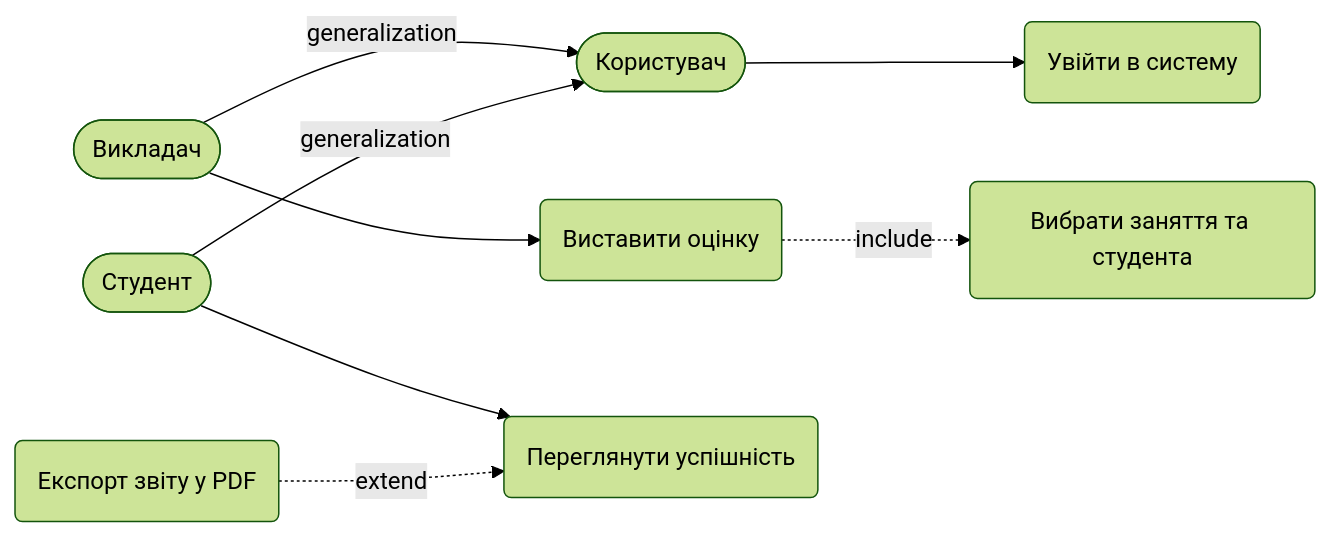
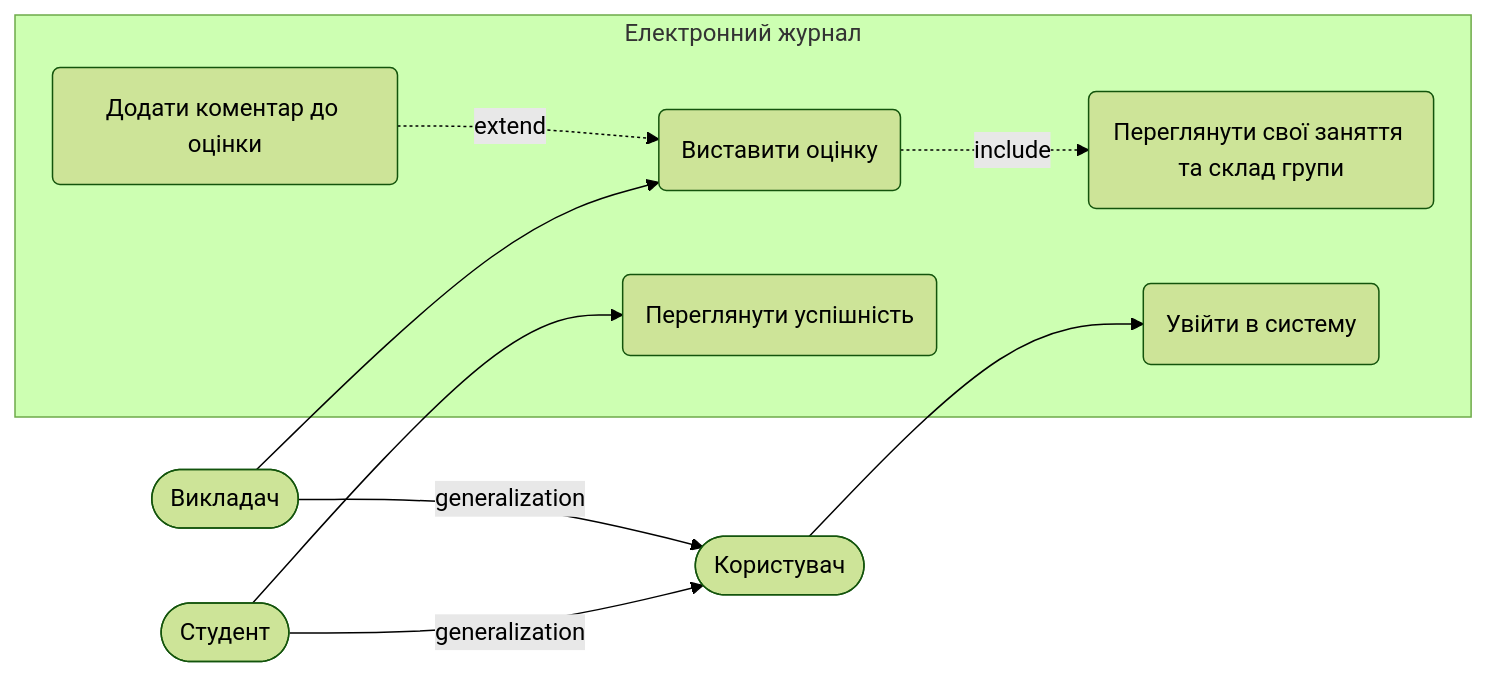
The diagram in use-cases.md (Mayki603/gradebook), drawn with Mermaid (forest theme) before and after one commit. The commit also changed other lines of this file, not shown here.

Commit message:
use-cases: fix diagram rendering, add traceability matrix, split REQ-5, add S5/REQ-6

````diff
--- a/use-cases.md
+++ b/use-cases.md
@@ -50,22 +11,24 @@
 ```mermaid
 flowchart LR
     User([Користувач])
     Teacher([Викладач])
     Student([Студент])
 
     Teacher -- "generalization" --> User
     Student -- "generalization" --> User
 
-    Auth(Увійти в систему)
-    UC1(Виставити оцінку)
-    SelectClass(Вибрати заняття та студента)
-    UC2(Переглянути успішність)
-    Download(Експорт звіту у PDF)
+    subgraph System["Електронний журнал"]
+        Auth(Увійти в систему)
+        UC1(Виставити оцінку)
+        SelectClass(Переглянути свої заняття та склад групи)
+        AddComment(Додати коментар до оцінки)
+        UC2(Переглянути успішність)
+    end
 
     User --> Auth
     Teacher --> UC1
     Student --> UC2
 
     UC1 -. "include" .-> SelectClass
-    Download -. "extend" .-> UC2
+    AddComment -. "extend" .-> UC1
 ```
````
